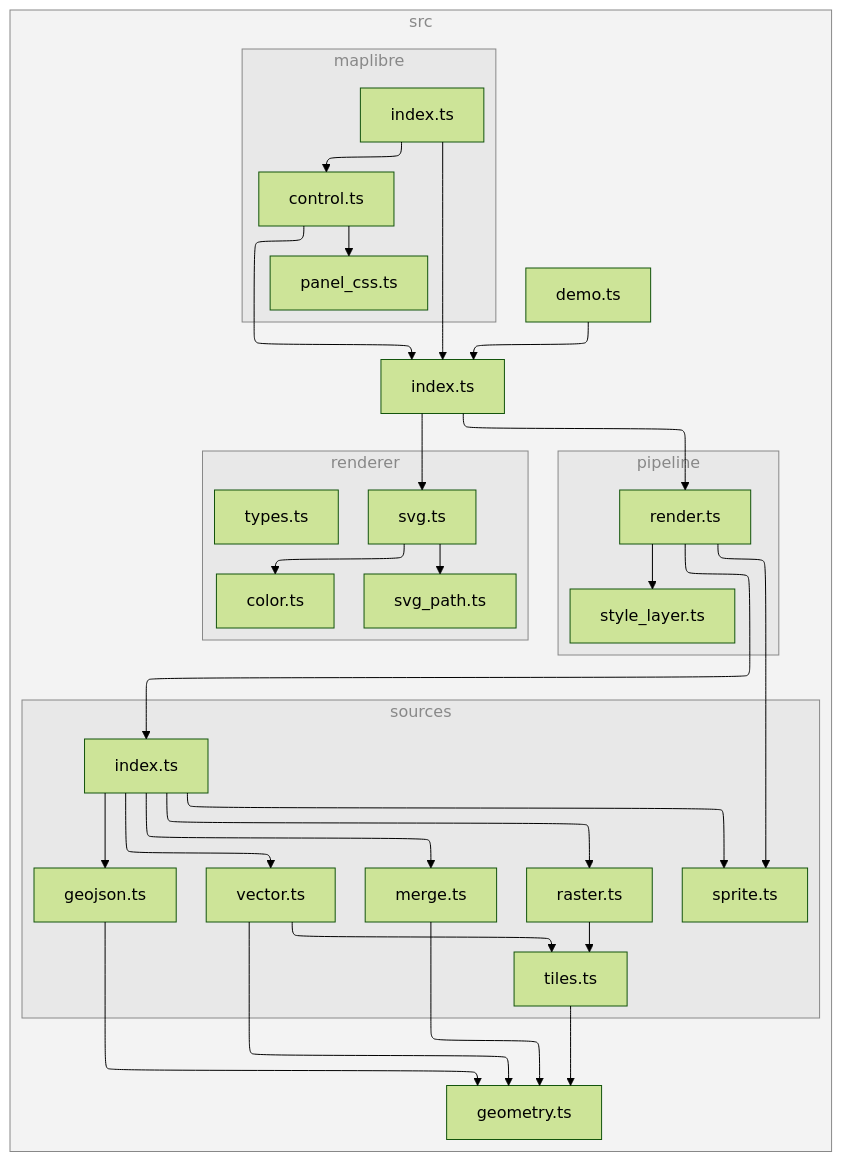
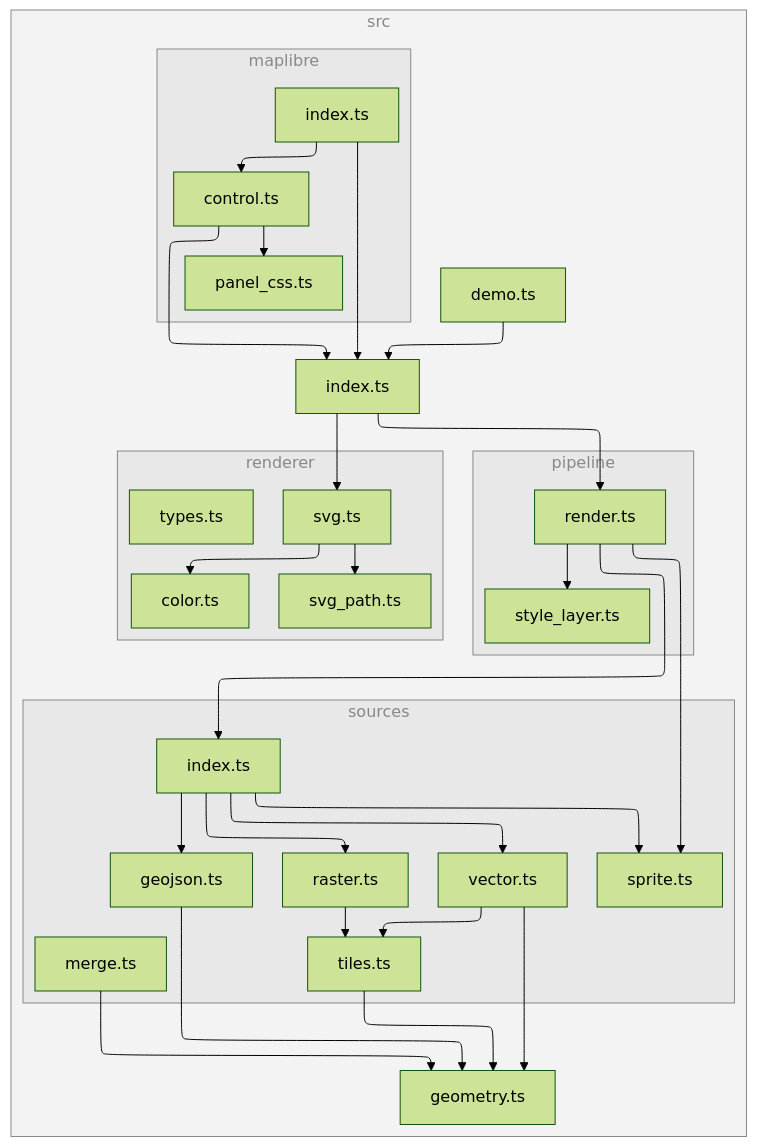
One commit to versatiles-org/versatiles-svg-renderer changed the diagram in README.md. Above: the diagram before and after it, drawn with Mermaid (forest theme). The commit also changed other lines of this file and 3 other files, not shown here.

````diff
--- a/README.md
+++ b/README.md
@@ -136,63 +136,62 @@
 ```mermaid
 ---
 config:
   layout: elk
 ---
 flowchart TB
 
 subgraph 0["src"]
 1["demo.ts"]
 2["index.ts"]
 subgraph 3["pipeline"]
 4["render.ts"]
-E["style_layer.ts"]
+D["style_layer.ts"]
 end
 subgraph 5["sources"]
 6["index.ts"]
 7["geojson.ts"]
-9["merge.ts"]
-A["raster.ts"]
-B["tiles.ts"]
-C["sprite.ts"]
-D["vector.ts"]
+9["raster.ts"]
+A["tiles.ts"]
+B["sprite.ts"]
+C["vector.ts"]
+N["merge.ts"]
 end
 8["geometry.ts"]
-subgraph F["renderer"]
-G["svg.ts"]
-H["color.ts"]
-I["svg_path.ts"]
-N["types.ts"]
+subgraph E["renderer"]
+F["svg.ts"]
+G["color.ts"]
+H["svg_path.ts"]
+M["types.ts"]
 end
-subgraph J["maplibre"]
-K["control.ts"]
-L["panel_css.ts"]
-M["index.ts"]
+subgraph I["maplibre"]
+J["control.ts"]
+K["panel_css.ts"]
+L["index.ts"]
 end
 end
 1-->2
 2-->4
-2-->G
+2-->F
 4-->6
-4-->C
-4-->E
+4-->B
+4-->D
 6-->7
 6-->9
-6-->A
+6-->B
 6-->C
-6-->D
 7-->8
-9-->8
-A-->B
-B-->8
-D-->8
-D-->B
-G-->H
-G-->I
-K-->2
-K-->L
-M-->2
-M-->K
+9-->A
+A-->8
+C-->8
+C-->A
+F-->G
+F-->H
+J-->2
+J-->K
+L-->2
+L-->J
+N-->8
 
-class 0,3,5,F,J subgraphs;
+class 0,3,5,E,I subgraphs;
 classDef subgraphs fill-opacity:0.1, fill:#888, color:#888, stroke:#888;
 ```
````
